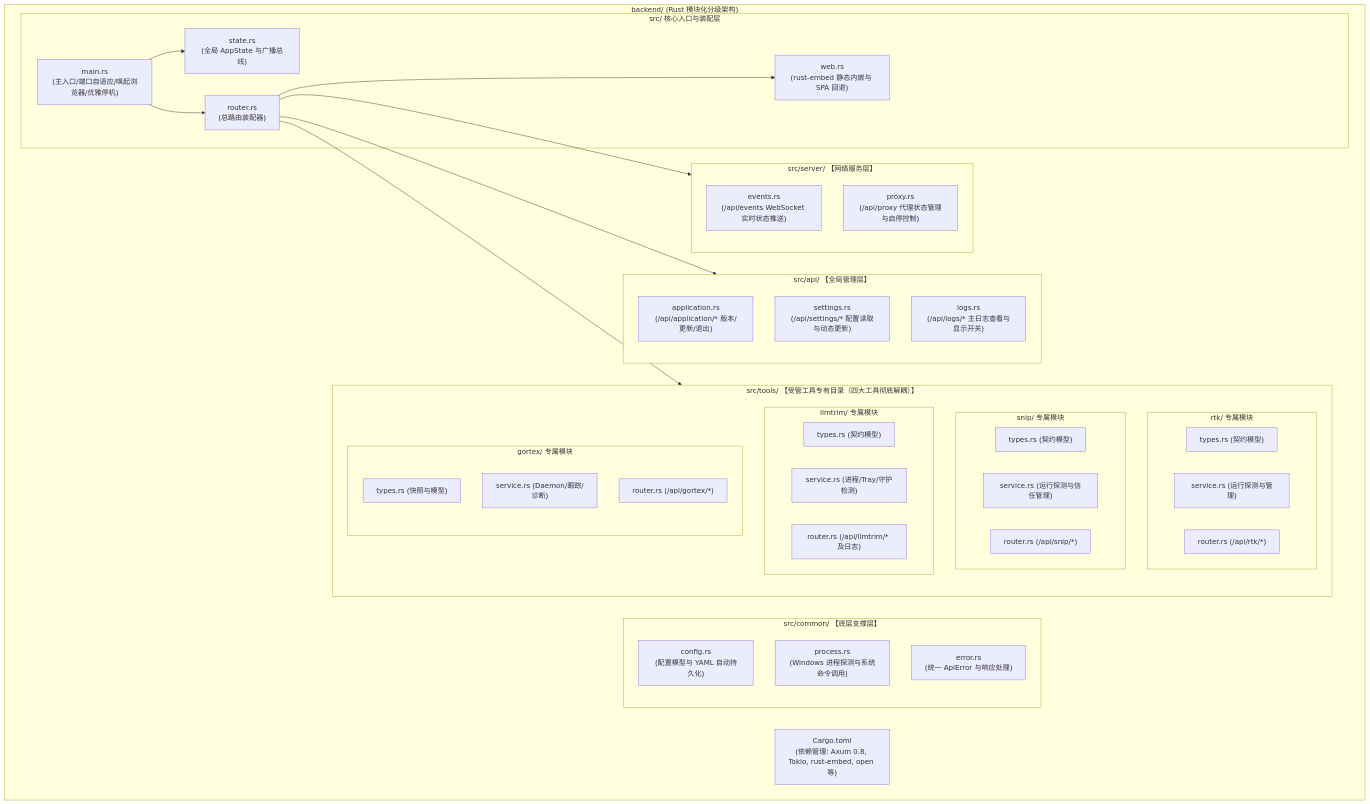
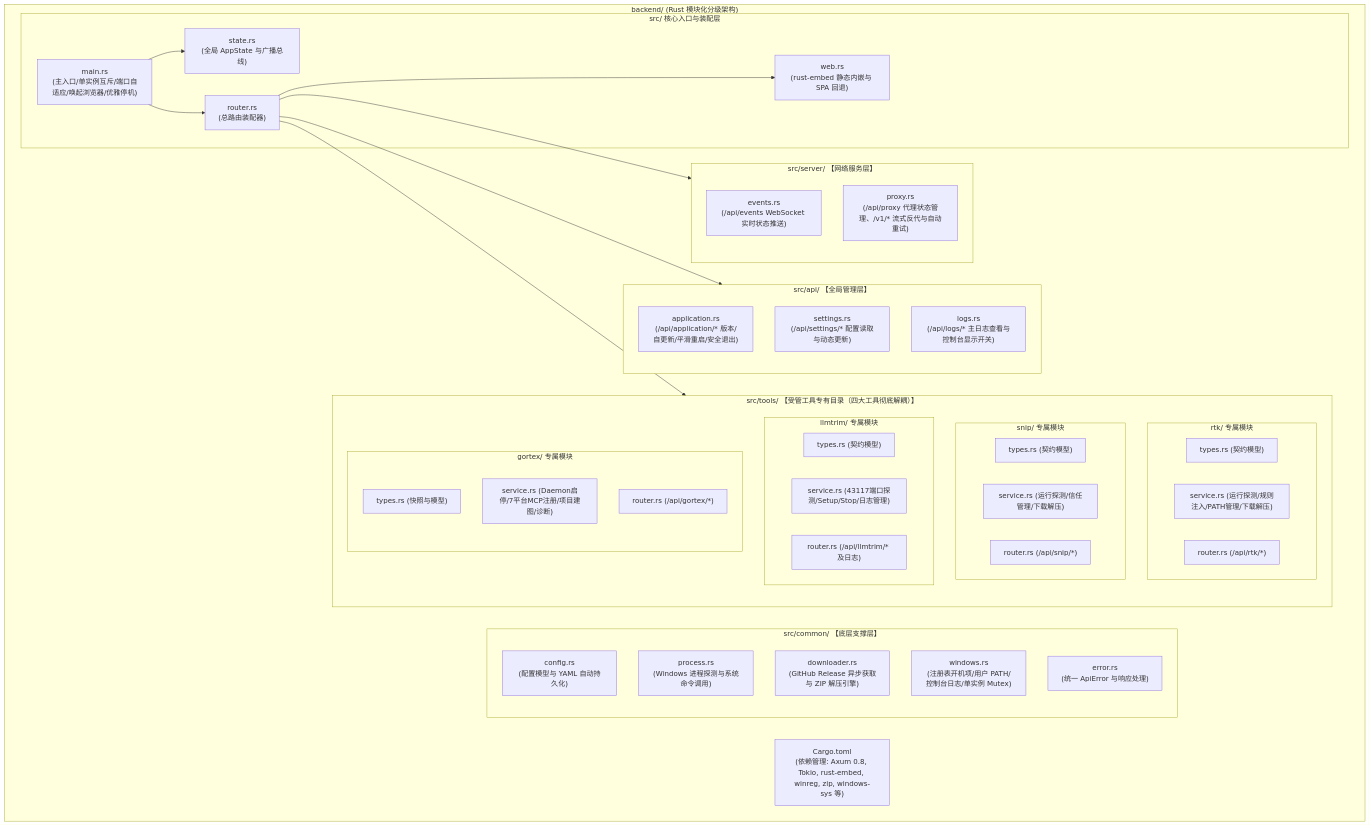
One commit to nicelic/codex-manager changed the second of 4 diagrams in 开发.md. Above: the diagram before and after it, drawn with Mermaid. The commit also changed other lines of this file and 32 other files, not shown here.

````diff
--- a/开发.md
+++ b/开发.md
@@ -73,61 +73,63 @@
 ```mermaid
 flowchart TD
     subgraph Backend ["backend/ (Rust 模块化分级架构)"]
-        Cargo["Cargo.toml\n(依赖管理: Axum 0.8, Tokio, rust-embed, open 等)"]
+        Cargo["Cargo.toml\n(依赖管理: Axum 0.8, Tokio, rust-embed, winreg, zip, windows-sys 等)"]
         
         subgraph Core ["src/ 核心入口与装配层"]
-            Main["main.rs\n(主入口/端口自适应/唤起浏览器/优雅停机)"]
+            Main["main.rs\n(主入口/单实例互斥/端口自适应/唤起浏览器/优雅停机)"]
             State["state.rs\n(全局 AppState 与广播总线)"]
             Router["router.rs\n(总路由装配器)"]
             Web["web.rs\n(rust-embed 静态内嵌与 SPA 回退)"]
         end
 
         subgraph Common ["src/common/ 【底层支撑层】"]
             Config["config.rs\n(配置模型与 YAML 自动持久化)"]
             Process["process.rs\n(Windows 进程探测与系统命令调用)"]
+            Downloader["downloader.rs\n(GitHub Release 异步获取与 ZIP 解压引擎)"]
+            Windows["windows.rs\n(注册表开机项/用户 PATH/控制台日志/单实例 Mutex)"]
             Error["error.rs\n(统一 ApiError 与响应处理)"]
         end
 
         subgraph Server ["src/server/ 【网络服务层】"]
             Events["events.rs\n(/api/events WebSocket 实时状态推送)"]
-            Proxy["proxy.rs\n(/api/proxy 代理状态管理与启停控制)"]
+            Proxy["proxy.rs\n(/api/proxy 代理状态管理、/v1/* 流式反代与自动重试)"]
         end
 
         subgraph Api ["src/api/ 【全局管理层】"]
-            AppApi["application.rs\n(/api/application/* 版本/更新/退出)"]
+            AppApi["application.rs\n(/api/application/* 版本/自更新/平滑重启/安全退出)"]
             SettingsApi["settings.rs\n(/api/settings/* 配置读取与动态更新)"]
-            LogsApi["logs.rs\n(/api/logs/* 主日志查看与显示开关)"]
+            LogsApi["logs.rs\n(/api/logs/* 主日志查看与控制台显示开关)"]
         end
 
         subgraph Tools ["src/tools/ 【受管工具专有目录（四大工具彻底解耦）】"]
             direction TB
             subgraph ToolRTK ["rtk/ 专属模块"]
                 RTK_T["types.rs (契约模型)"]
-                RTK_S["service.rs (运行探测与管理)"]
+                RTK_S["service.rs (运行探测/规则注入/PATH管理/下载解压)"]
                 RTK_R["router.rs (/api/rtk/*)"]
             end
             subgraph ToolSnip ["snip/ 专属模块"]
                 Snip_T["types.rs (契约模型)"]
-                Snip_S["service.rs (运行探测与信任管理)"]
+                Snip_S["service.rs (运行探测/信任管理/下载解压)"]
                 Snip_R["router.rs (/api/snip/*)"]
             end
             subgraph ToolLLMTrim ["llmtrim/ 专属模块"]
                 Trim_T["types.rs (契约模型)"]
-                Trim_S["service.rs (进程/Tray/守护检测)"]
+                Trim_S["service.rs (43117端口探测/Setup/Stop/日志管理)"]
                 Trim_R["router.rs (/api/llmtrim/* 及日志)"]
             end
             subgraph ToolGortex ["gortex/ 专属模块"]
                 Gortex_T["types.rs (快照与模型)"]
-                Gortex_S["service.rs (Daemon/跟踪/诊断)"]
+                Gortex_S["service.rs (Daemon启停/7平台MCP注册/项目建图/诊断)"]
                 Gortex_R["router.rs (/api/gortex/*)"]
             end
         end
     end
 
     Main --> State
     Main --> Router
     Router --> Server
     Router --> Api
     Router --> Tools
     Router --> Web
 ```
````
